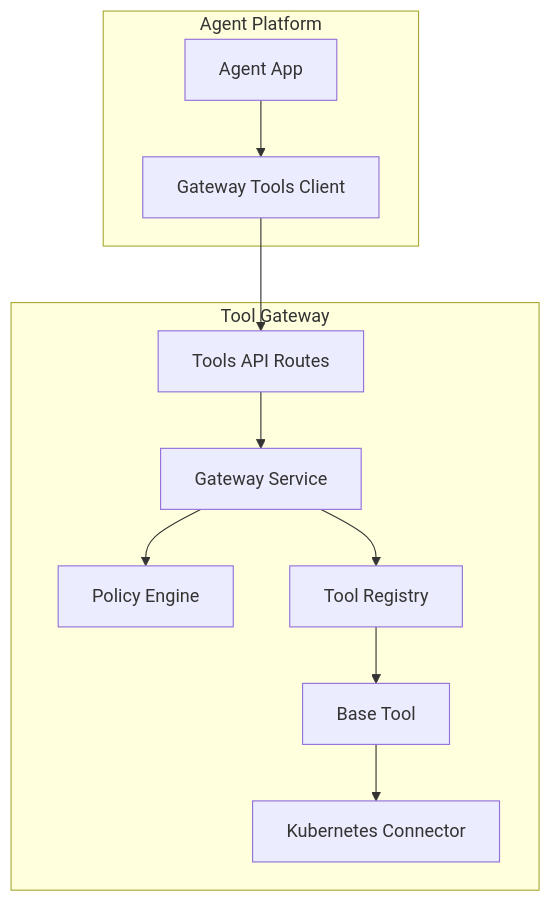
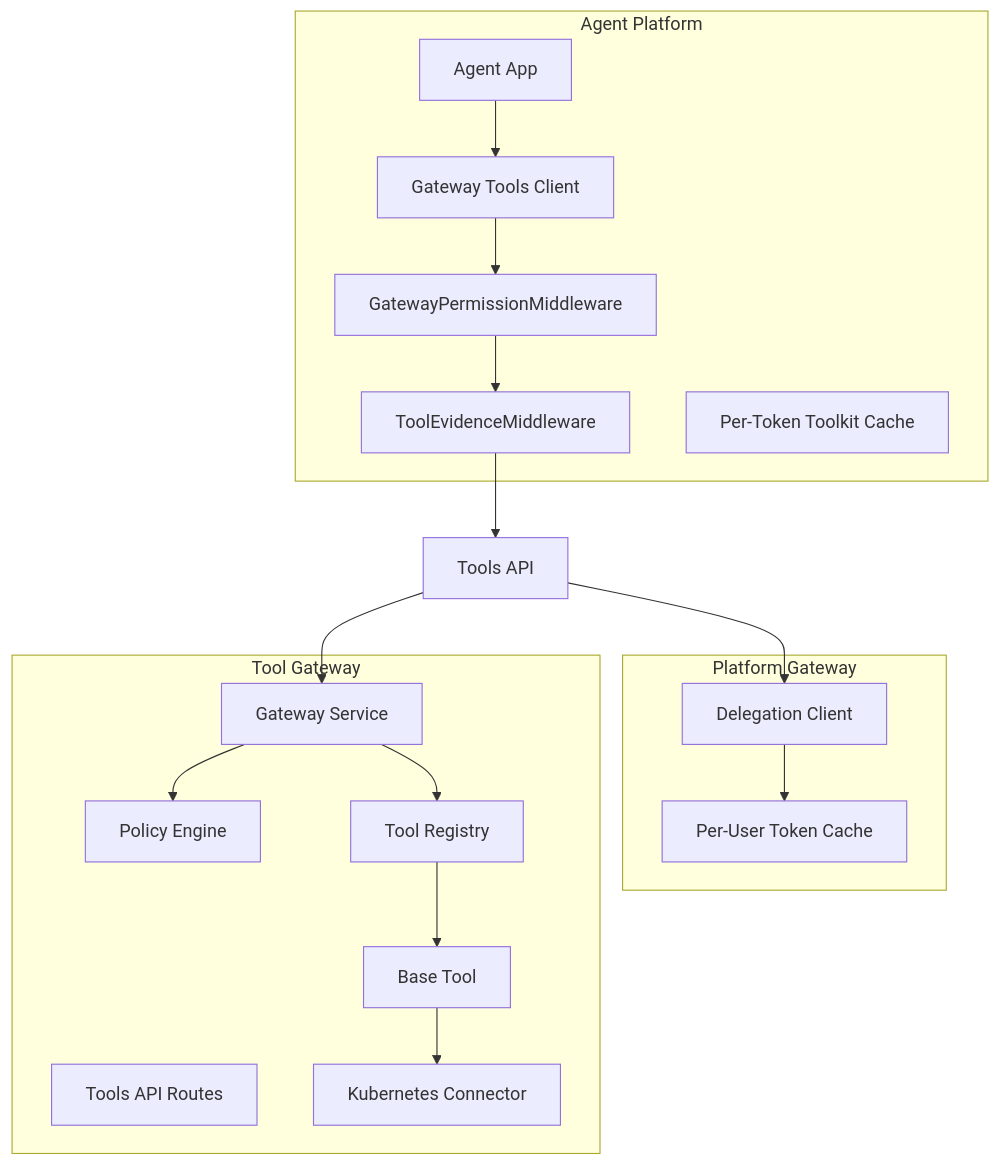
The first of 8 diagrams in .qoder/repowiki/en/content/Agent Platform Service/Tool Execution Framework.md (metasync/luban-aiops), drawn with Mermaid before and after one commit. The commit also changed other lines of this file and 25 other files, not shown here.

````diff
--- a/.qoder/repowiki/en/content/Agent Platform Service/Tool Execution Framework.md
+++ b/.qoder/repowiki/en/content/Agent Platform Service/Tool Execution Framework.md
@@ -48,22 +46,33 @@
 ```mermaid
 graph TB
 subgraph "Agent Platform"
 AG_APP["Agent App"]
 GW_TOOLS["Gateway Tools Client"]
+PERM_MW["GatewayPermissionMiddleware"]
+EVIDENCE_MW["ToolEvidenceMiddleware"]
+TOOL_CACHE["Per-Token Toolkit Cache"]
+end
+subgraph "Platform Gateway"
+DELEGATION["Delegation Client"]
+TOKEN_CACHE["Per-User Token Cache"]
 end
 subgraph "Tool Gateway"
 API_ROUTES["Tools API Routes"]
 GATEWAY_SVC["Gateway Service"]
 POLICY_ENG["Policy Engine"]
 TOOL_REG["Tool Registry"]
 BASE_TOOL["Base Tool"]
 K8S_CONN["Kubernetes Connector"]
 end
 AG_APP --> GW_TOOLS
-GW_TOOLS --> API_ROUTES
-API_ROUTES --> GATEWAY_SVC
+GW_TOOLS --> PERM_MW
+PERM_MW --> EVIDENCE_MW
+EVIDENCE_MW --> TOOLS_API["Tools API"]
+TOOLS_API --> DELEGATION
+DELEGATION --> TOKEN_CACHE
+TOOLS_API --> GATEWAY_SVC
 GATEWAY_SVC --> POLICY_ENG
 GATEWAY_SVC --> TOOL_REG
 TOOL_REG --> BASE_TOOL
 BASE_TOOL --> K8S_CONN
 ```
````
